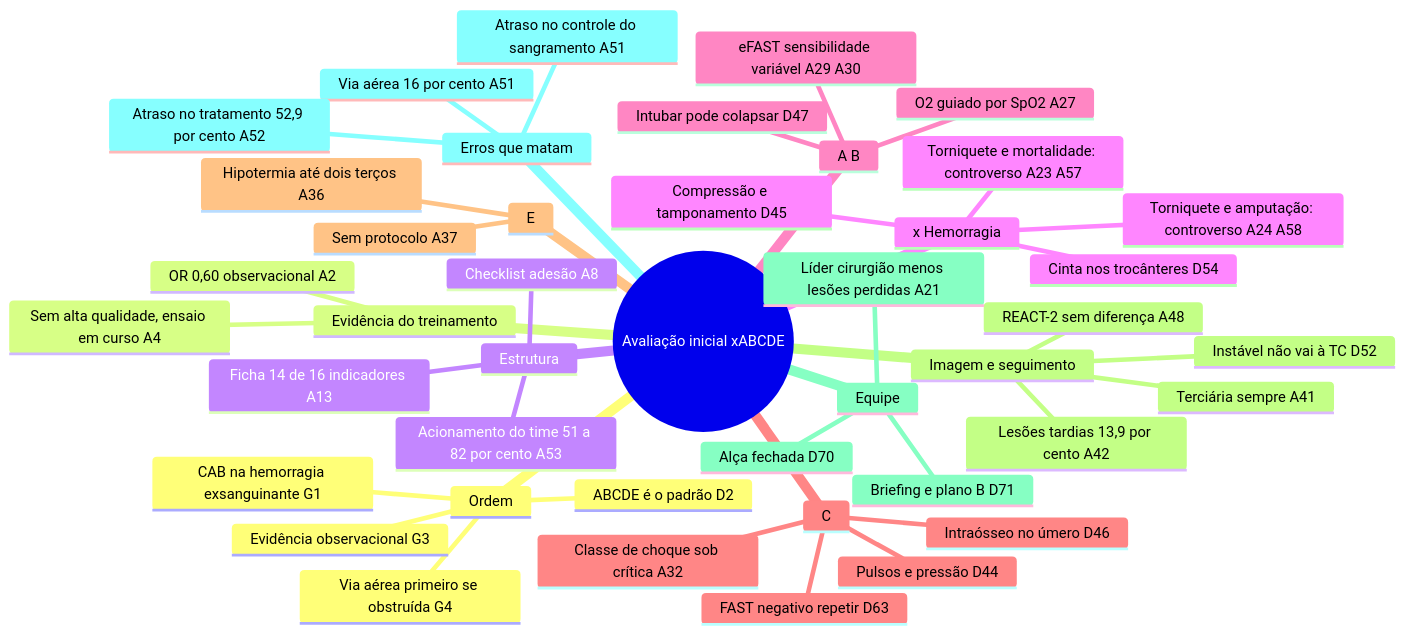
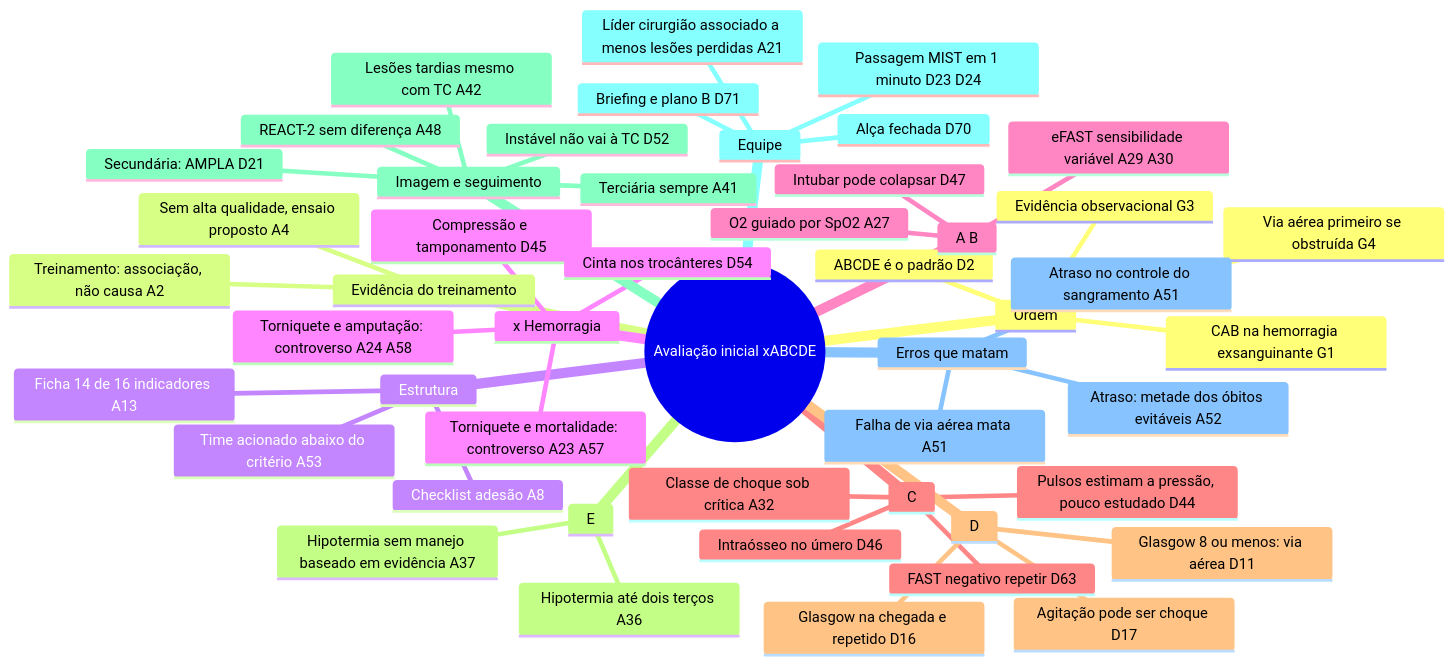
Before and after one commit to japtenani-a11y/Curso-UE: the diagram in conteudo/T001/pecas/mapa.md, drawn with Mermaid. The commit also changed 23 other files, not shown here.

````diff
--- a/conteudo/T001/pecas/mapa.md
+++ b/conteudo/T001/pecas/mapa.md
@@ -3,46 +3,52 @@
 ```mermaid
 mindmap
   root((Avaliação inicial xABCDE))
     Ordem
       ABCDE é o padrão D2
       CAB na hemorragia exsanguinante G1
       Via aérea primeiro se obstruída G4
       Evidência observacional G3
     Evidência do treinamento
-      OR 0,60 observacional A2
-      Sem alta qualidade, ensaio em curso A4
+      Treinamento: associação, não causa A2
+      Sem alta qualidade, ensaio proposto A4
     Estrutura
       Checklist adesão A8
       Ficha 14 de 16 indicadores A13
-      Acionamento do time 51 a 82 por cento A53
+      Time acionado abaixo do critério A53
     x Hemorragia
       Compressão e tamponamento D45
       Torniquete e mortalidade: controverso A23 A57
       Torniquete e amputação: controverso A24 A58
       Cinta nos trocânteres D54
     A B
       Intubar pode colapsar D47
       O2 guiado por SpO2 A27
       eFAST sensibilidade variável A29 A30
     C
-      Pulsos e pressão D44
+      Pulsos estimam a pressão, pouco estudado D44
       Classe de choque sob crítica A32
       Intraósseo no úmero D46
       FAST negativo repetir D63
+    D
+      Glasgow na chegada e repetido D16
+      Glasgow 8 ou menos: via aérea D11
+      Agitação pode ser choque D17
     E
       Hipotermia até dois terços A36
-      Sem protocolo A37
+      Hipotermia sem manejo baseado em evidência A37
     Imagem e seguimento
       REACT-2 sem diferença A48
       Instável não vai à TC D52
-      Lesões tardias 13,9 por cento A42
+      Secundária: AMPLA D21
+      Lesões tardias mesmo com TC A42
       Terciária sempre A41
     Equipe
       Briefing e plano B D71
       Alça fechada D70
-      Líder cirurgião menos lesões perdidas A21
+      Passagem MIST em 1 minuto D23 D24
+      Líder cirurgião associado a menos lesões perdidas A21
     Erros que matam
-      Via aérea 16 por cento A51
+      Falha de via aérea mata A51
       Atraso no controle do sangramento A51
-      Atraso no tratamento 52,9 por cento A52
+      Atraso: metade dos óbitos evitáveis A52
 ```
````
